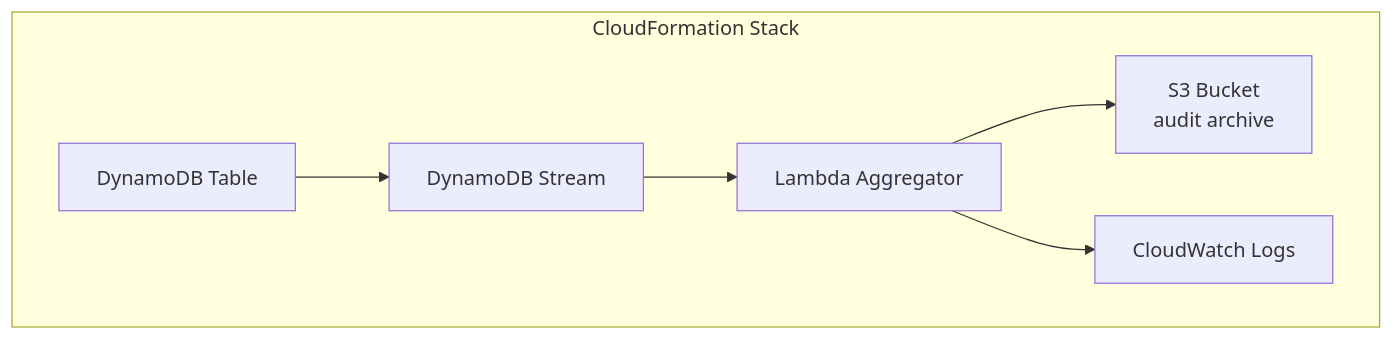
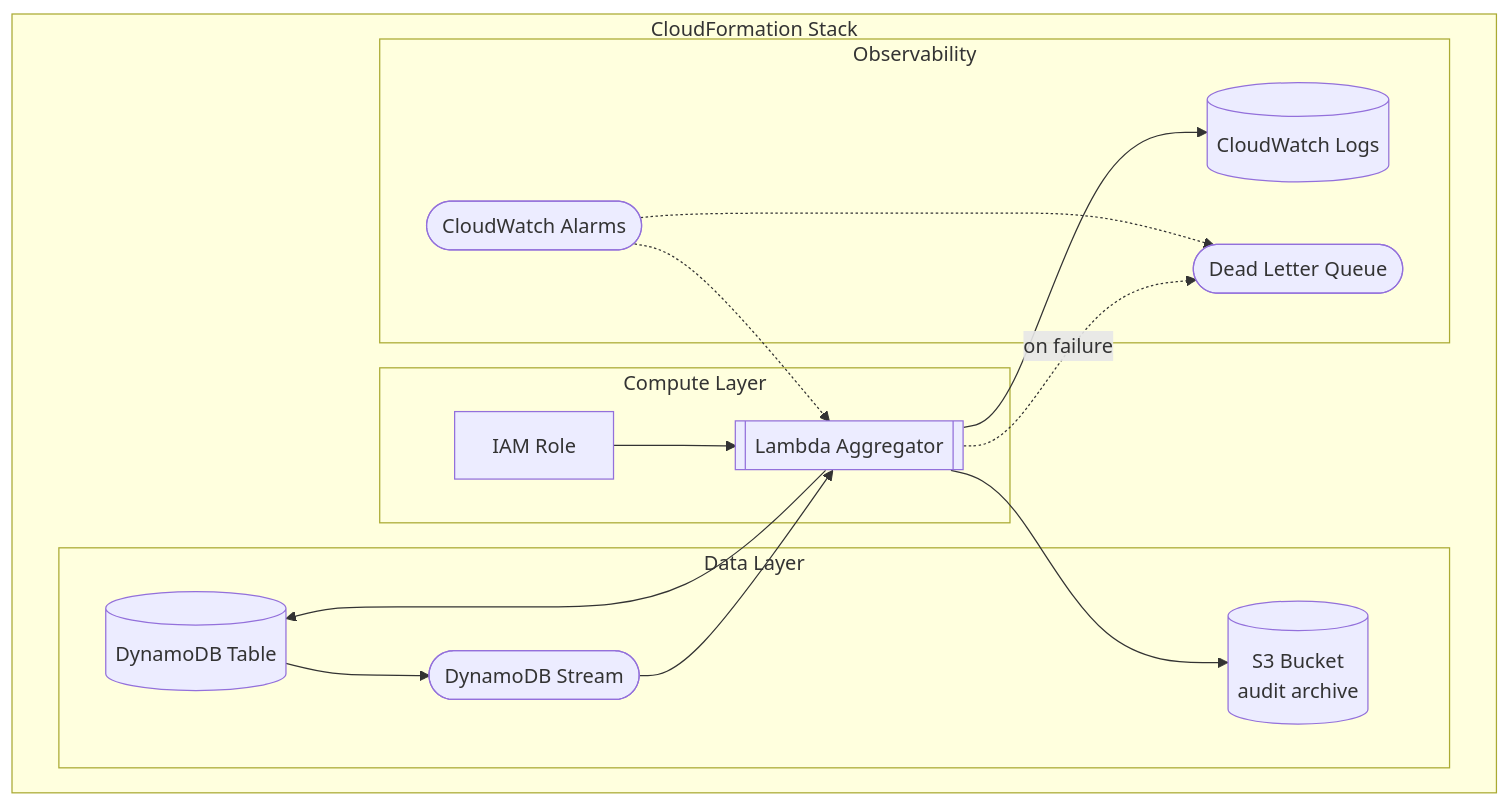
One commit to zeroae/zae-limiter changed the diagram in docs/infra/cloudformation.md. Above: the diagram before and after it, drawn with Mermaid. The commit also changed other lines of this file and 1 other file, not shown here.

First line of the commit message:
📝 docs(infra): add S3 audit archive documentation

````diff
--- a/docs/infra/cloudformation.md
+++ b/docs/infra/cloudformation.md
@@ -9,9 +9,39 @@
 ```mermaid
 flowchart TB
     subgraph stack[CloudFormation Stack]
-        table[DynamoDB Table] --> stream[DynamoDB Stream]
-        stream --> lambda[Lambda Aggregator]
-        lambda --> s3[S3 Bucket<br/>audit archive]
-        lambda --> logs[CloudWatch Logs]
+        subgraph data[Data Layer]
+            table[(DynamoDB Table)]
+            stream([DynamoDB Stream])
+            s3[(S3 Bucket<br/>audit archive)]
+        end
+
+        subgraph compute[Compute Layer]
+            role[IAM Role]
+            lambda[[Lambda Aggregator]]
+        end
+
+        subgraph observe[Observability]
+            logs[(CloudWatch Logs)]
+            alarms([CloudWatch Alarms])
+            dlq([Dead Letter Queue])
+        end
     end
+
+    table --> stream
+    stream --> lambda
+    lambda --> table
+    lambda --> s3
+    role --> lambda
+    lambda --> logs
+    lambda -.->|on failure| dlq
+    alarms -.-> lambda
+    alarms -.-> dlq
+
+    click table "#dynamodb-table"
+    click stream "#stream-configuration"
+    click s3 "#s3-audit-archive-bucket"
+    click lambda "#lambda-aggregator"
+    click role "#iam-permissions"
+    click dlq "#add-dead-letter-queue"
+    click alarms "#add-cloudwatch-alarms"
 ```
````
